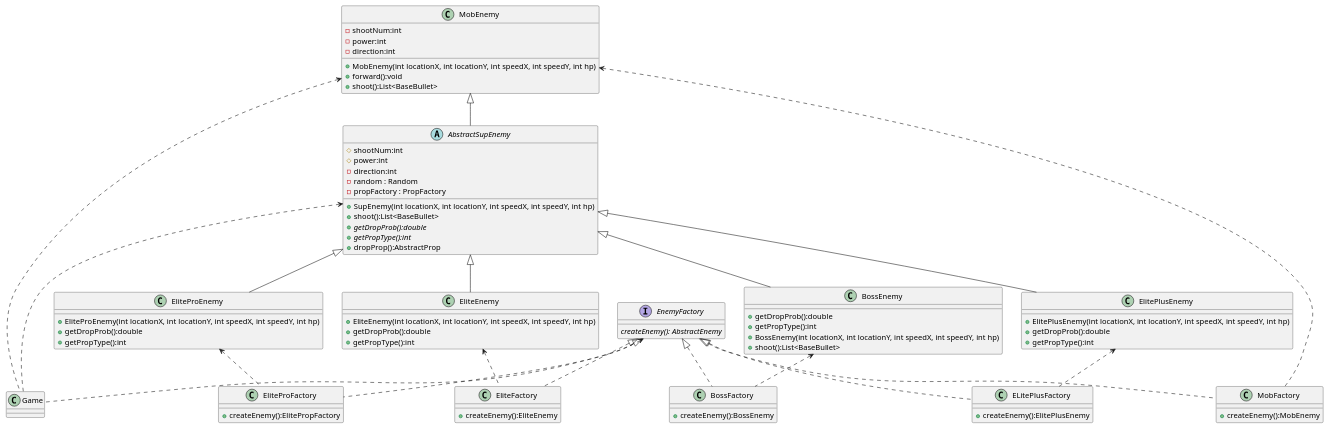
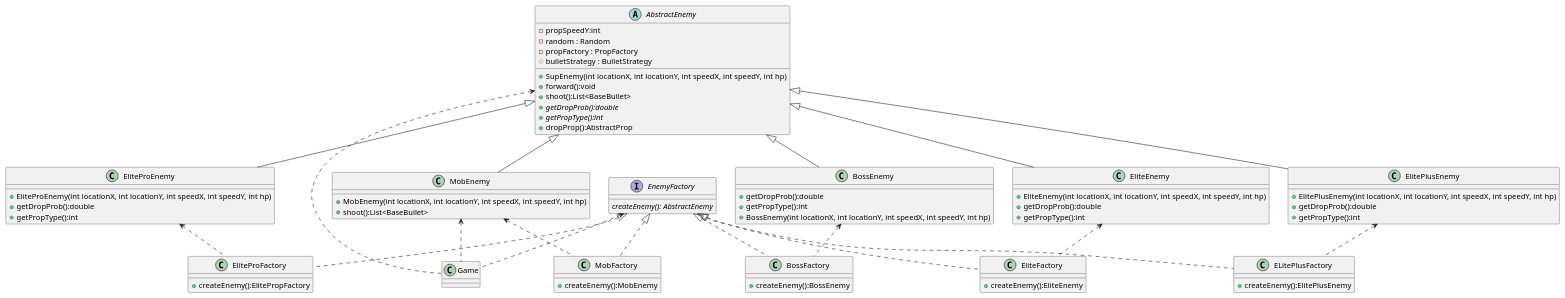
One commit to chenc100/AircraftsWar changed the diagram in uml/EnemyAircraftFactory.puml. Above: the diagram before and after it, drawn with PlantUML. The commit also changed 5 other files, not shown here.

Commit message:
更新了uml类图

```diff
--- a/uml/EnemyAircraftFactory.puml
+++ b/uml/EnemyAircraftFactory.puml
@@ -1,94 +1,90 @@
 @startuml
+
 class MobEnemy {
-    - shootNum:int
-    - power:int
-    - direction:int
     + MobEnemy(int locationX, int locationY, int speedX, int speedY, int hp)
-    + forward():void
     + shoot():List<BaseBullet>
 }
 
 
-abstract class AbstractSupEnemy{
-    # shootNum:int
-    # power:int
-    - direction:int
+abstract class AbstractEnemy{
+    - propSpeedY:int
     - random : Random
     - propFactory : PropFactory
+    # bulletStrategy : BulletStrategy
     + SupEnemy(int locationX, int locationY, int speedX, int speedY, int hp)
+    + forward():void
     + shoot():List<BaseBullet>
     + {abstract} getDropProb():double
     + {abstract} getPropType():int
     + dropProp():AbstractProp
 }
-MobEnemy <|-- AbstractSupEnemy
+AbstractEnemy <|-- MobEnemy
 
 class EliteEnemy{
     + EliteEnemy(int locationX, int locationY, int speedX, int speedY, int hp)
     + getDropProb():double
     + getPropType():int
 }
 
 class ElitePlusEnemy{
     + ElitePlusEnemy(int locationX, int locationY, int speedX, int speedY, int hp)
     + getDropProb():double
     + getPropType():int
 }
 
 class EliteProEnemy{
     + EliteProEnemy(int locationX, int locationY, int speedX, int speedY, int hp)
     + getDropProb():double
     + getPropType():int
 }
 
 class BossEnemy{
     + getDropProb():double
     + getPropType():int
     + BossEnemy(int locationX, int locationY, int speedX, int speedY, int hp)
-    + shoot():List<BaseBullet>
 }
 
 interface EnemyFactory{
     {abstract}createEnemy(): AbstractEnemy
 }
 
 class EliteFactory{
     + createEnemy():EliteEnemy
 }
 EnemyFactory <|.. EliteFactory
 
 class ELitePlusFactory{
     + createEnemy():ElitePlusEnemy
 }
 EnemyFactory <|.. ELitePlusFactory
 
 class EliteProFactory{
     + createEnemy():ElitePropFactory
 }
 EnemyFactory <|.. EliteProFactory
 
 class MobFactory{
     + createEnemy():MobEnemy
 }
 EnemyFactory <|.. MobFactory
 
 class BossFactory{
     + createEnemy():BossEnemy
 }
 EnemyFactory <|.. BossFactory
 
 EliteEnemy <.. EliteFactory
 ElitePlusEnemy <.. ELitePlusFactory
 EliteProEnemy <.. EliteProFactory
 MobEnemy <.. MobFactory
 BossEnemy <.. BossFactory
 
-AbstractSupEnemy <|-- EliteEnemy
-AbstractSupEnemy <|-- ElitePlusEnemy
-AbstractSupEnemy <|-- EliteProEnemy
-AbstractSupEnemy <|-- BossEnemy
+AbstractEnemy <|-- EliteEnemy
+AbstractEnemy <|-- ElitePlusEnemy
+AbstractEnemy <|-- EliteProEnemy
+AbstractEnemy <|-- BossEnemy
 
-AbstractSupEnemy <.. Game
+AbstractEnemy <.. Game
 MobEnemy <.. Game
 EnemyFactory <.. Game
 @enduml
```
